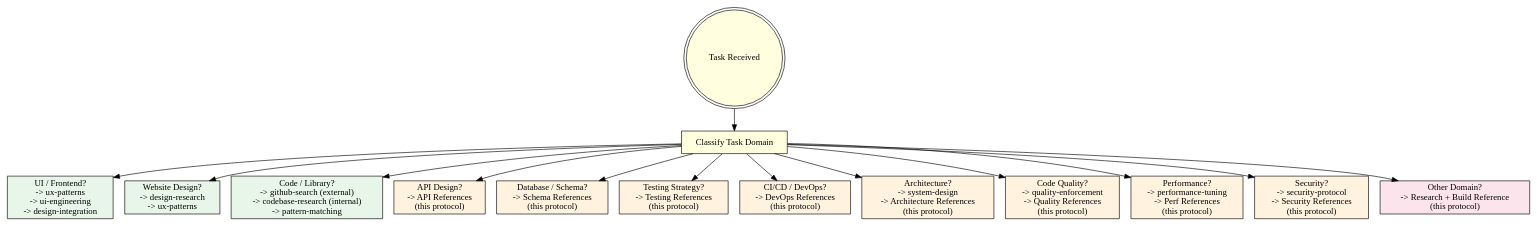
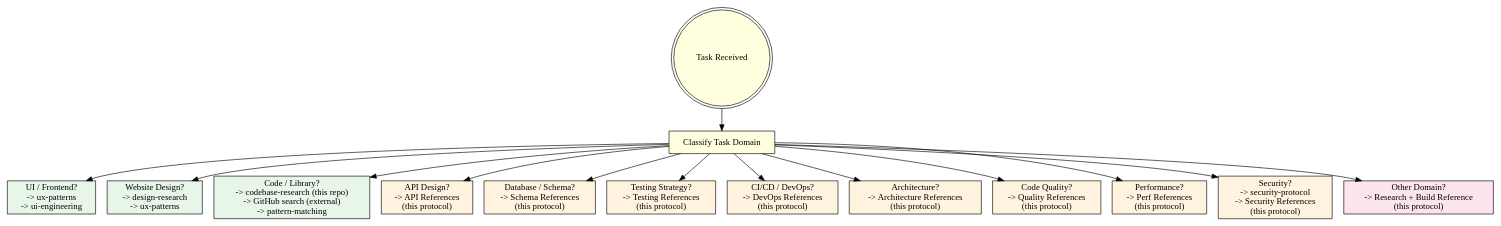
One commit to themattkeenan/ascension changed the diagram in skills/reference-engine/SKILL.md. Above: the diagram before and after it, drawn with Graphviz. The commit also changed other lines of this file and 82 other files, not shown here.

````diff
--- a/skills/reference-engine/SKILL.md
+++ b/skills/reference-engine/SKILL.md
@@ -16,37 +16,37 @@
 ```dot
 digraph reference_router {
     rankdir=TB;
     node [shape=box style=filled];
 
     task [label="Task Received" fillcolor=lightyellow shape=doublecircle];
 
     classify [label="Classify Task Domain" fillcolor=lightyellow];
 
-    ui [label="UI / Frontend?\n-> ux-patterns\n-> ui-engineering\n-> design-integration" fillcolor="#e8f5e9"];
+    ui [label="UI / Frontend?\n-> ux-patterns\n-> ui-engineering" fillcolor="#e8f5e9"];
     website [label="Website Design?\n-> design-research\n-> ux-patterns" fillcolor="#e8f5e9"];
-    code [label="Code / Library?\n-> github-search (external)\n-> codebase-research (internal)\n-> pattern-matching" fillcolor="#e8f5e9"];
+    code [label="Code / Library?\n-> codebase-research (this repo)\n-> GitHub search (external)\n-> pattern-matching" fillcolor="#e8f5e9"];
     api [label="API Design?\n-> API References\n(this protocol)" fillcolor="#fff3e0"];
     database [label="Database / Schema?\n-> Schema References\n(this protocol)" fillcolor="#fff3e0"];
     testing [label="Testing Strategy?\n-> Testing References\n(this protocol)" fillcolor="#fff3e0"];
     devops [label="CI/CD / DevOps?\n-> DevOps References\n(this protocol)" fillcolor="#fff3e0"];
-    arch [label="Architecture?\n-> system-design\n-> Architecture References\n(this protocol)" fillcolor="#fff3e0"];
-    quality [label="Code Quality?\n-> quality-enforcement\n-> Quality References\n(this protocol)" fillcolor="#fff3e0"];
-    perf [label="Performance?\n-> performance-tuning\n-> Perf References\n(this protocol)" fillcolor="#fff3e0"];
+    arch [label="Architecture?\n-> Architecture References\n(this protocol)" fillcolor="#fff3e0"];
+    quality [label="Code Quality?\n-> Quality References\n(this protocol)" fillcolor="#fff3e0"];
+    perf [label="Performance?\n-> Perf References\n(this protocol)" fillcolor="#fff3e0"];
     security [label="Security?\n-> security-protocol\n-> Security References\n(this protocol)" fillcolor="#fff3e0"];
     other [label="Other Domain?\n-> Research + Build Reference\n(this protocol)" fillcolor="#fce4ec"];
 
     task -> classify;
     classify -> ui;
     classify -> website;
     classify -> code;
     classify -> api;
     classify -> database;
     classify -> testing;
     classify -> devops;
     classify -> arch;
     classify -> quality;
     classify -> perf;
     classify -> security;
     classify -> other;
 }
 ```
````
